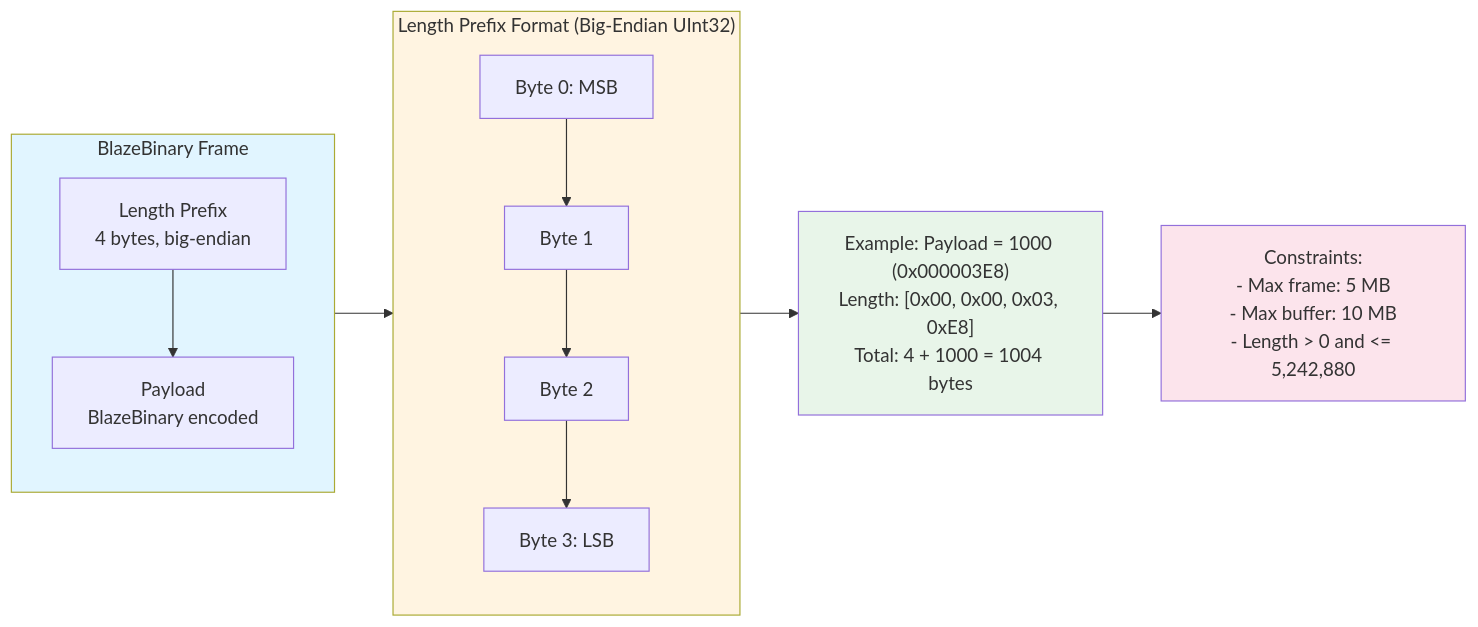
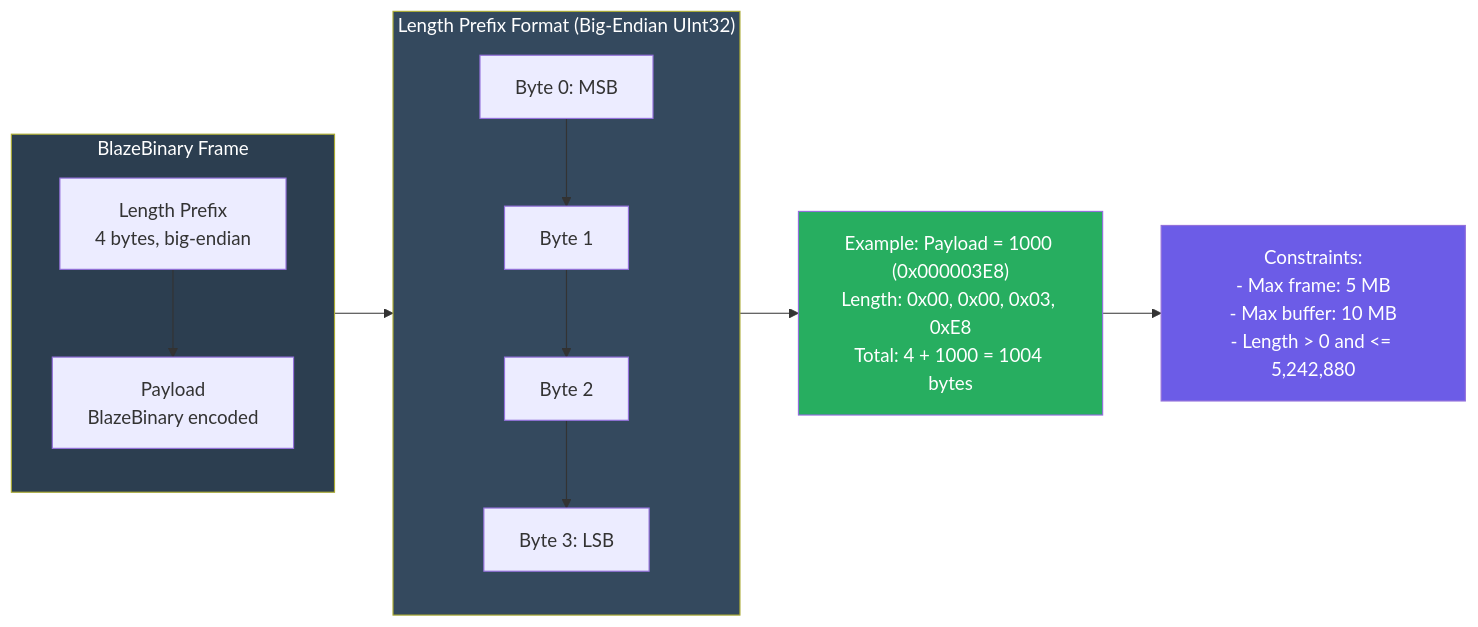
Before and after one commit to Mikedan37/BlazeBinary: diagram 16 of 19 in README.md, drawn with Mermaid. The commit also changed other lines of this file and 11 other files, not shown here.

First line of the commit message:
Improve Mermaid diagrams and code display formatting

````diff
--- a/README.md
+++ b/README.md
@@ -525,27 +525,27 @@
 ```mermaid
 graph LR
     subgraph Frame["BlazeBinary Frame"]
         Length[Length Prefix<br/>4 bytes, big-endian]
         Payload[Payload<br/>BlazeBinary encoded]
         Length --> Payload
     end
     
     subgraph Format["Length Prefix Format (Big-Endian UInt32)"]
         MSB[Byte 0: MSB] --> B1[Byte 1]
         B1 --> B2[Byte 2]
         B2 --> LSB[Byte 3: LSB]
     end
     
-    Example["Example: Payload = 1000 (0x000003E8)<br/>Length: [0x00, 0x00, 0x03, 0xE8]<br/>Total: 4 + 1000 = 1004 bytes"]
+    Example["Example: Payload = 1000 (0x000003E8)<br/>Length: 0x00, 0x00, 0x03, 0xE8<br/>Total: 4 + 1000 = 1004 bytes"]
     
     Constraints["Constraints:<br/>- Max frame: 5 MB<br/>- Max buffer: 10 MB<br/>- Length > 0 and <= 5,242,880"]
     
     Frame --> Format
     Format --> Example
     Example --> Constraints
     
-    style Frame fill:#e1f5ff
-    style Format fill:#fff4e1
-    style Example fill:#e8f5e9
-    style Constraints fill:#fce4ec
+    style Frame fill:#2c3e50,color:#ffffff
+    style Format fill:#34495e,color:#ffffff
+    style Example fill:#27ae60,color:#ffffff
+    style Constraints fill:#6c5ce7,color:#ffffff
 ```
````
